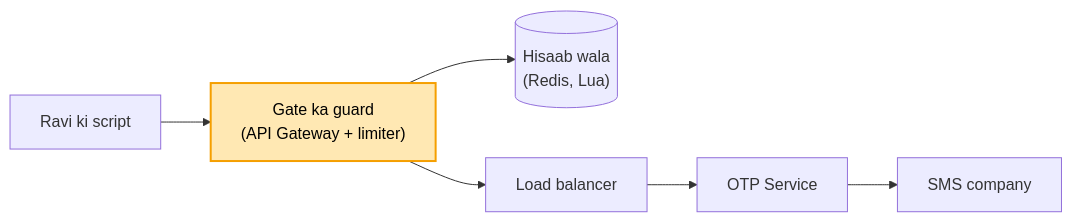
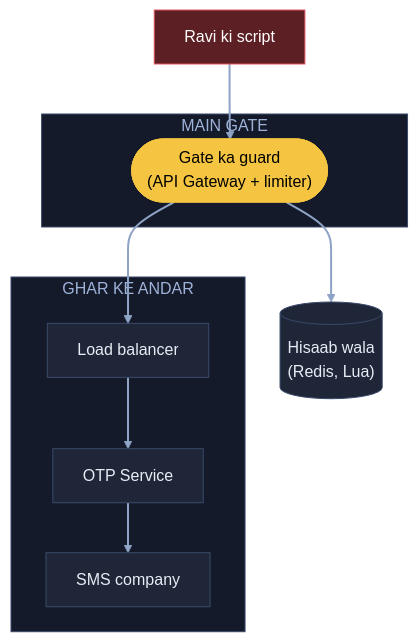
One commit to ArpanMaheshwari144/Prep changed the fourth of 9 diagrams in 04_HLD/SYSTEM_DESIGNS/02_rate_limiter/02_rate_limiter.md. Above: the diagram before and after it, drawn with Mermaid. The commit also changed other lines of this file, not shown here.

Commit message:
Rate limiter: 9 diagram YouTube (reel) wale card andaaz me

````diff
--- a/04_HLD/SYSTEM_DESIGNS/02_rate_limiter/02_rate_limiter.md
+++ b/04_HLD/SYSTEM_DESIGNS/02_rate_limiter/02_rate_limiter.md
@@ -102,9 +139,25 @@
 ```mermaid
-flowchart LR
-    U["Ravi ki script"] --> G["Gate ka guard<br/>(API Gateway + limiter)"]
-    G --> R[("Hisaab wala<br/>(Redis, Lua)")]
-    G --> LB["Load balancer"]
-    LB --> O["OTP Service"]
-    O --> SMS["SMS company"]
-    style G fill:#ffe8b3,stroke:#f59f00,stroke-width:2px,color:#000
+flowchart TB
+    U["Ravi ki script"]:::bad
+    subgraph GT["MAIN GATE"]
+        G(["Gate ka guard<br/>(API Gateway + limiter)"]):::pill
+    end
+    R[("Hisaab wala<br/>(Redis, Lua)")]:::card
+    subgraph GH["GHAR KE ANDAR"]
+        LB["Load balancer"]:::card
+        O["OTP Service"]:::card
+        SMS["SMS company"]:::card
+    end
+    U --> G
+    G --> R
+    G --> LB
+    LB --> O
+    O --> SMS
+    linkStyle default stroke:#8fa3c7,stroke-width:2px
+    classDef card fill:#1e2638,stroke:#3a4a6b,color:#e8ecf5
+    classDef pill fill:#f5c542,stroke:#f5c542,color:#000
+    classDef good fill:#2e7d4f,stroke:#3fbf6f,color:#fff
+    classDef bad fill:#5c1f24,stroke:#e05561,color:#fff
+    style GT fill:#141a29,stroke:#3a4a6b,color:#9fb3d9
+    style GH fill:#141a29,stroke:#3a4a6b,color:#9fb3d9
 ```
````
